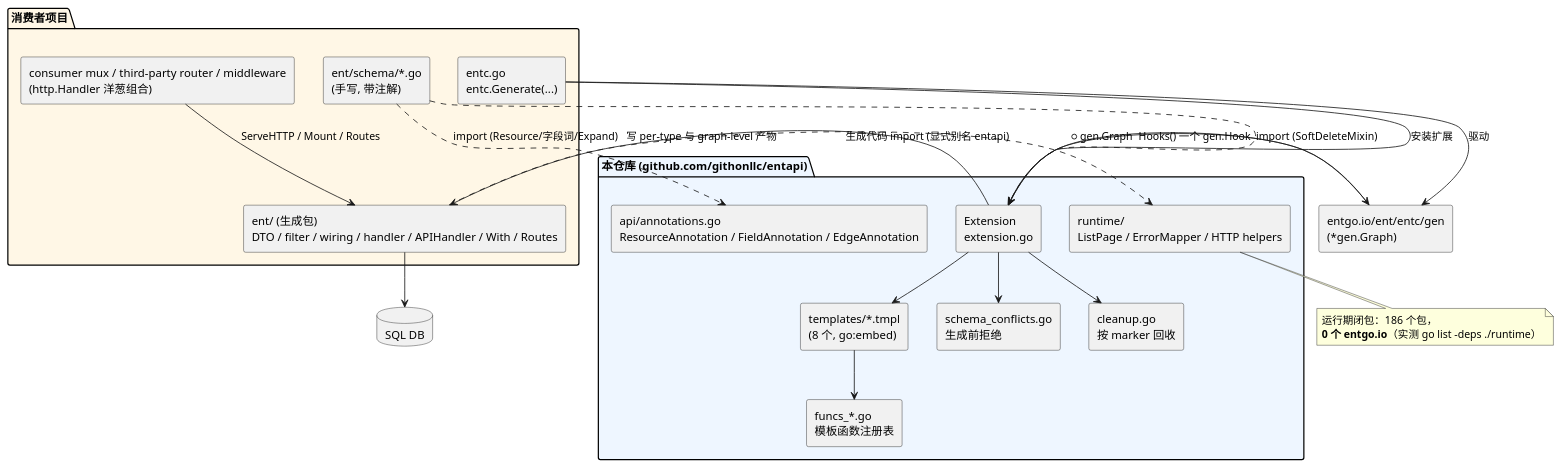
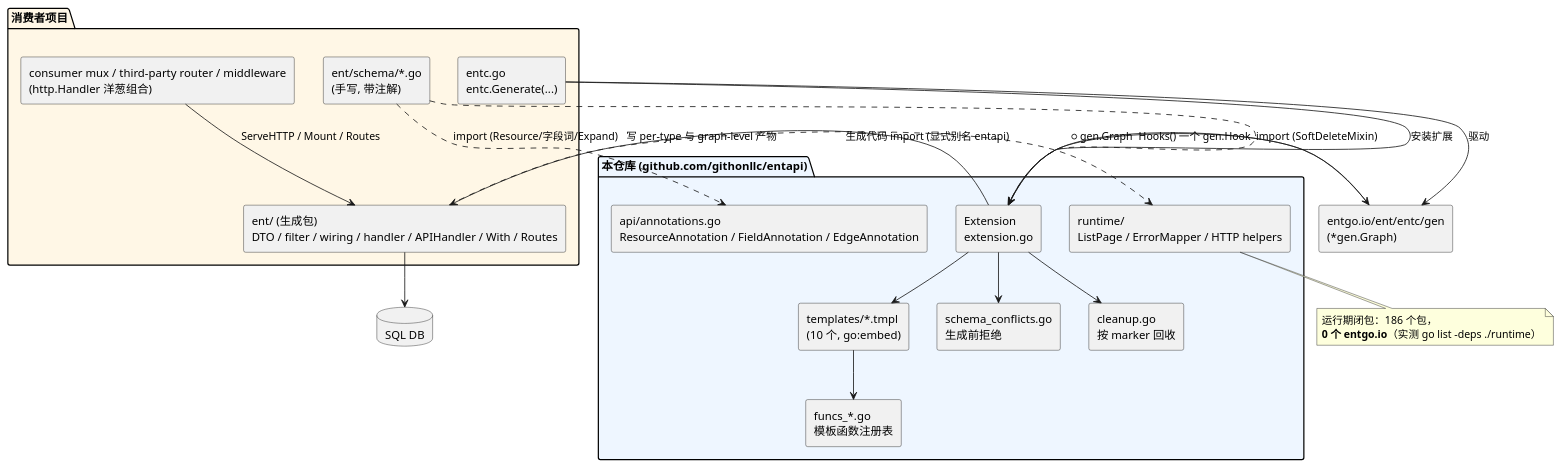
Before and after one commit to githonllc/entapi: the first of 5 diagrams in docs/ARCHITECTURE.md, drawn with PlantUML. The commit also changed other lines of this file and 67 other files, not shown here.

````diff
--- a/docs/ARCHITECTURE.md
+++ b/docs/ARCHITECTURE.md
@@ -34,46 +34,46 @@
 ```plantuml
 @startuml
 skinparam componentStyle rectangle
 skinparam shadowing false
 
 package "本仓库 (github.com/githonllc/entapi)" #EEF6FF {
   component "api/annotations.go\nResourceAnnotation / FieldAnnotation / EdgeAnnotation" as API
   component "Extension\nextension.go" as EXT
-  component "templates/*.tmpl\n(8 个, go:embed)" as TMPL
+  component "templates/*.tmpl\n(10 个, go:embed)" as TMPL
   component "funcs_*.go\n模板函数注册表" as FUNCS
   component "schema_conflicts.go\n生成前拒绝" as CONF
   component "cleanup.go\n按 marker 回收" as CLEAN
   component "runtime/\nListPage / ErrorMapper / HTTP helpers" as RT
 }
 
 package "消费者项目" #FFF7E6 {
   component "ent/schema/*.go\n(手写, 带注解)" as SCHEMA
   component "entc.go\nentc.Generate(...)" as ENTC
   component "ent/ (生成包)\nDTO / filter / wiring / handler / APIHandler / With / Routes" as ENTPKG
   component "consumer mux / third-party router / middleware\n(http.Handler 洋葱组合)" as MUX
 }
 
 component "entgo.io/ent/entc/gen\n(*gen.Graph)" as ENTGEN
 database "SQL DB" as DB
 
 ENTC --> EXT : 安装扩展
 ENTC --> ENTGEN : 驱动
 SCHEMA ..> API : import (Resource/字段词/Expand)
 SCHEMA ..> EXT : import (SoftDeleteMixin)
 EXT --> ENTGEN : Hooks() 一个 gen.Hook
 ENTGEN --> EXT : *gen.Graph
 EXT --> CONF
 EXT --> TMPL
 TMPL --> FUNCS
 EXT --> ENTPKG : 写 per-type 与 graph-level 产物
 EXT --> CLEAN
 MUX --> ENTPKG : ServeHTTP / Mount / Routes
 ENTPKG ..> RT : 生成代码 import (显式别名 entapi)
 ENTPKG --> DB
 
 note bottom of RT
   运行期闭包：186 个包，
   **0 个 entgo.io**（实测 go list -deps ./runtime）
 end note
 @enduml
 ```
````
